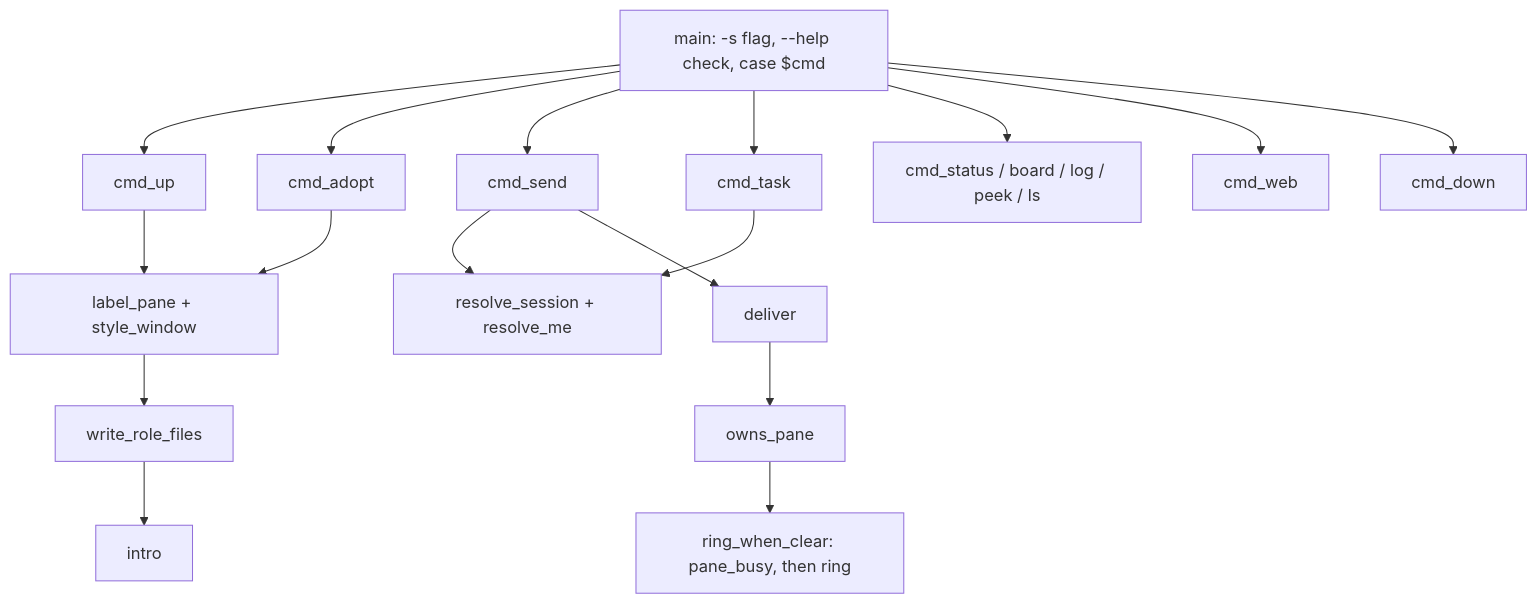
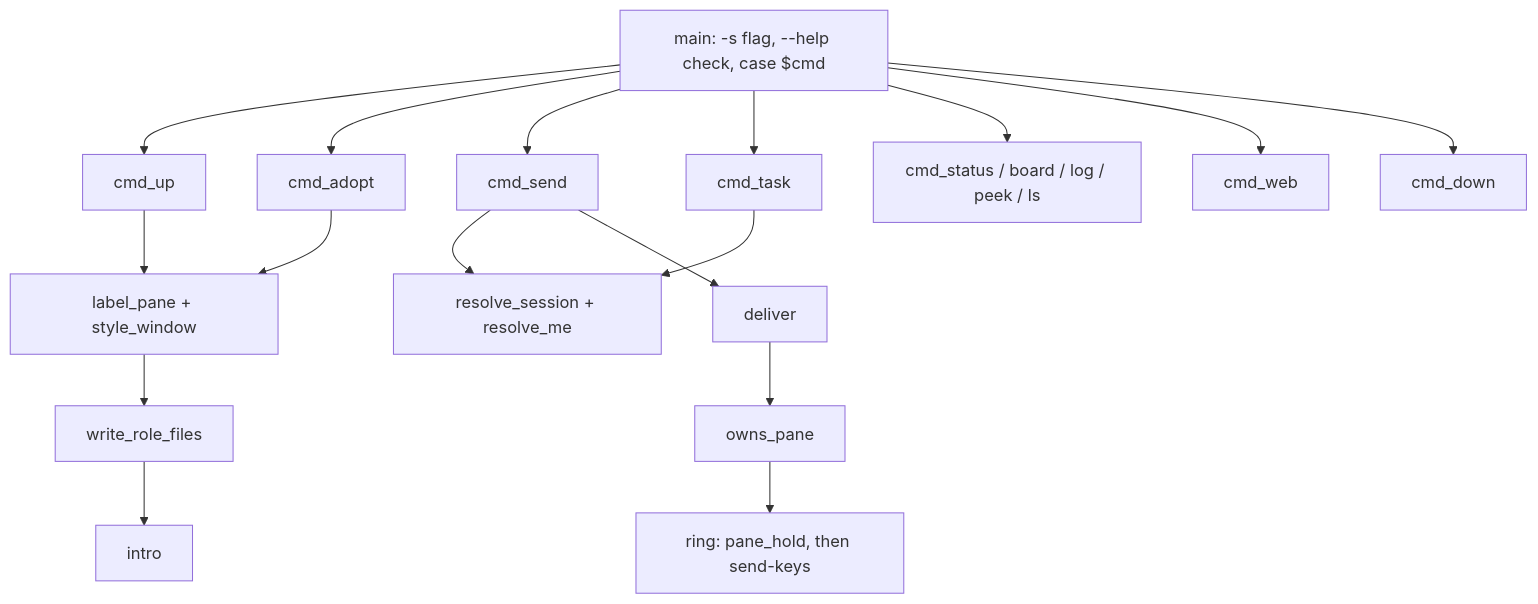
The diagram in lode/cli/summary.md (mifwar/crew), drawn with Mermaid before and after one commit. The commit also changed other lines of this file and 10 other files, not shown here.

````diff
--- a/lode/cli/summary.md
+++ b/lode/cli/summary.md
@@ -31,7 +33,7 @@
 ```mermaid
 flowchart TD
   main["main: -s flag, --help check, case $cmd"] --> up[cmd_up] & adopt[cmd_adopt] & send[cmd_send] & task[cmd_task] & view["cmd_status / board / log / peek / ls"] & web[cmd_web] & down[cmd_down]
   send & task --> resolve["resolve_session + resolve_me"]
-  send --> deliver --> owns[owns_pane] --> ringw["ring_when_clear: pane_busy, then ring"]
+  send --> deliver --> owns[owns_pane] --> ringw["ring: pane_hold, then send-keys"]
   up & adopt --> label[label_pane + style_window] --> roles[write_role_files] --> intro
 ```
````
